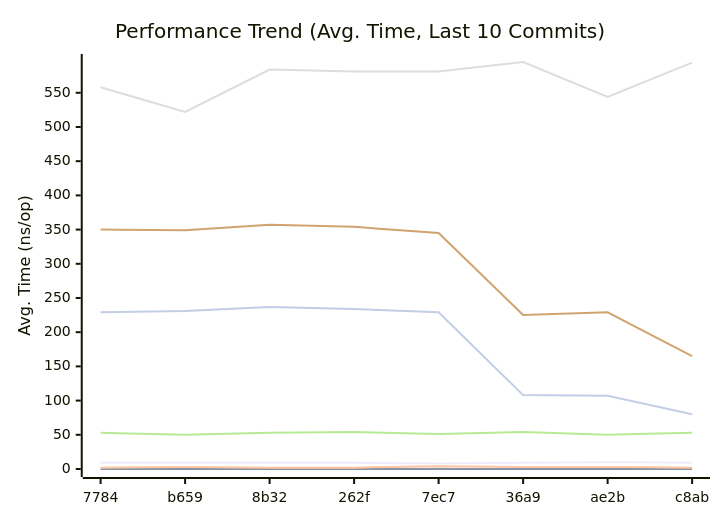
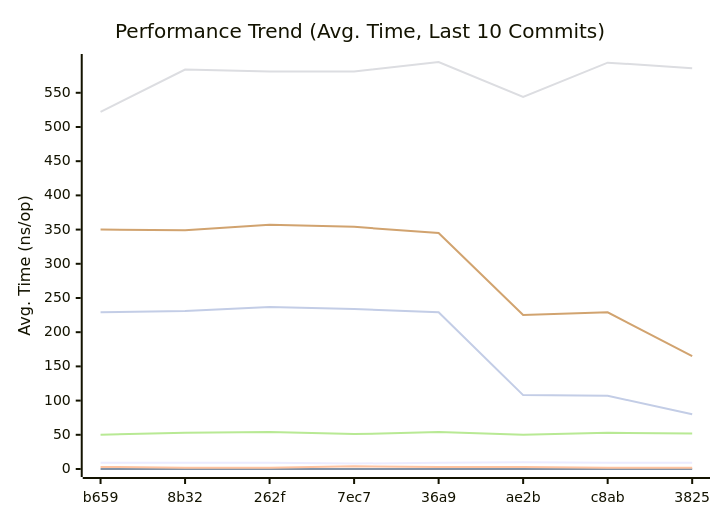
One commit to alsotoes/momo changed the first of 3 diagrams in docs/README.md. Above: the diagram before and after it, drawn with Mermaid. The commit also changed other lines of this file and 1 other file, not shown here.

````diff
--- a/docs/README.md
+++ b/docs/README.md
@@ -298,14 +296,14 @@
 ```mermaid
 xychart-beta
     title "Performance Trend (Avg. Time, Last 10 Commits)"
     x-axis "Commit"
     y-axis "Avg. Time (ns/op)"
-    x-axis [7784,b659,8b32,262f,7ec7,36a9,ae2b,c8ab]
-    line "CheckMetricsAndSwap" [9,9,9,9,8,9,10,9,9,9]
+    x-axis [b659,8b32,262f,7ec7,36a9,ae2b,c8ab,3825]
+    line "CheckMetricsAndSwap" [9,9,9,8,9,10,9,9,9,7]
     line "IndexDirectTracking" [0,0,0,0,0,0,0,0,0,0]
-    line "IndexSearch" [2,3,2,2,4,3,3,2,2,2]
-    line "LoadGlobalConfig" [558,522,584,581,581,595,544,594,586,586]
-    line "PadString" [53,50,53,54,51,54,50,53,52,53]
+    line "IndexSearch" [3,2,2,4,3,3,2,2,2,4]
+    line "LoadGlobalConfig" [522,584,581,581,595,544,594,586,586,594]
+    line "PadString" [50,53,54,51,54,50,53,52,53,50]
     line "ParseReplicationOrder_NoPrealloc" [350,349,357,354,345,225,229,165,232,234]
     line "ParseReplicationOrder_Prealloc" [229,231,237,234,229,108,107,80,110,109]
 ```
````
